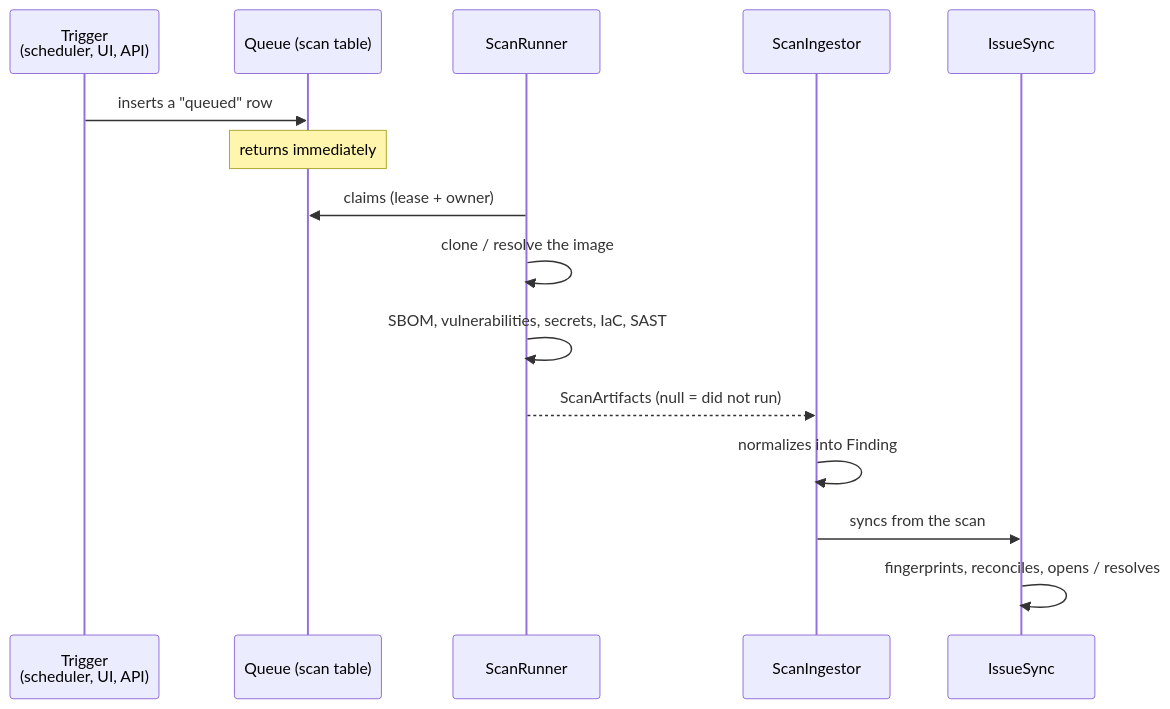
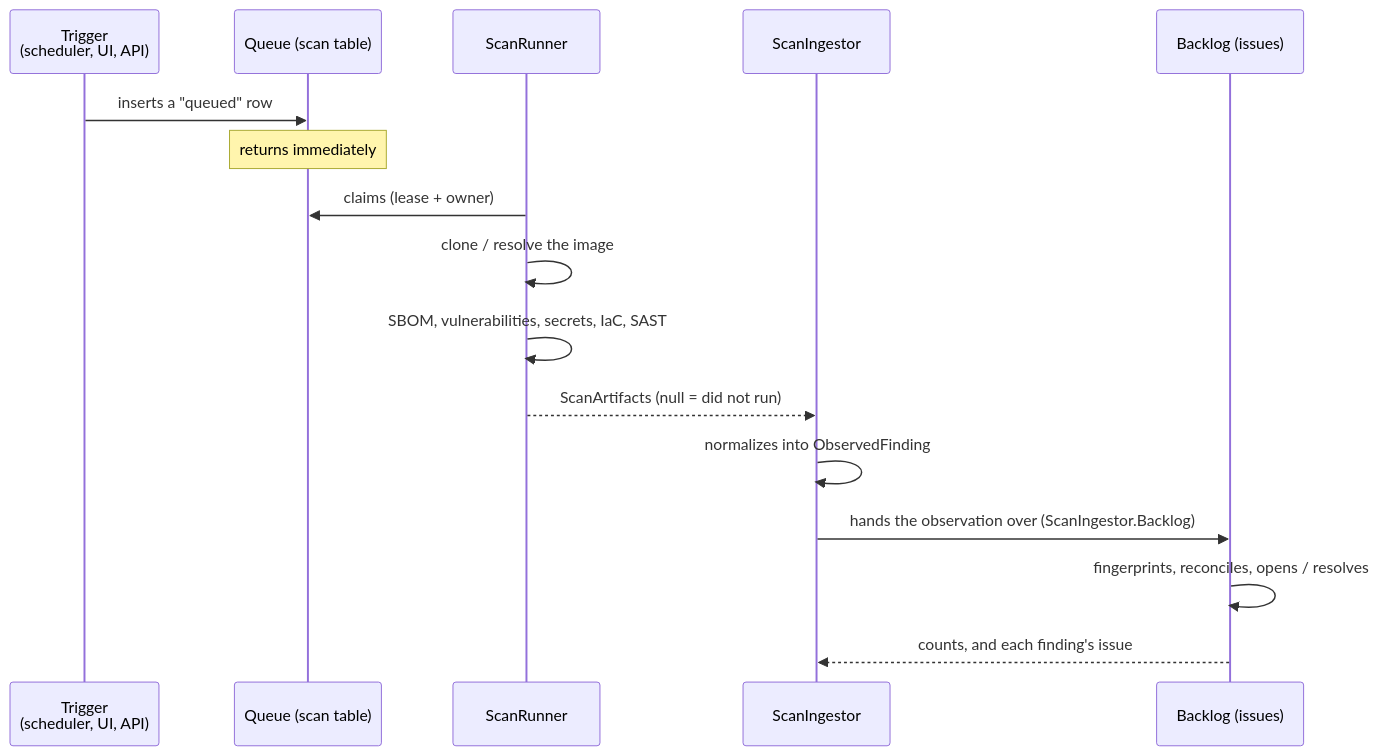
The second of 2 diagrams in docs/architecture/en/01-overview.md (asmolabs/vectispire), drawn with Mermaid before and after one commit. The commit also changed other lines of this file and 22 other files, not shown here.

First line of the commit message:
docs(architecture): decision 0029 and the modularity after step 5, in both languages

````diff
--- a/docs/architecture/en/01-overview.md
+++ b/docs/architecture/en/01-overview.md
@@ -112,18 +114,19 @@
 ```mermaid
 sequenceDiagram
     participant D as Trigger<br/>(scheduler, UI, API)
     participant Q as Queue (scan table)
     participant R as ScanRunner
     participant I as ScanIngestor
-    participant S as IssueSync
+    participant S as Backlog (issues)
 
     D->>Q: inserts a "queued" row
     Note over Q: returns immediately
     R->>Q: claims (lease + owner)
     R->>R: clone / resolve the image
     R->>R: SBOM, vulnerabilities, secrets, IaC, SAST
     R-->>I: ScanArtifacts (null = did not run)
-    I->>I: normalizes into Finding
-    I->>S: syncs from the scan
+    I->>I: normalizes into ObservedFinding
+    I->>S: hands the observation over (ScanIngestor.Backlog)
     S->>S: fingerprints, reconciles, opens / resolves
+    S-->>I: counts, and each finding's issue
 ```
````
